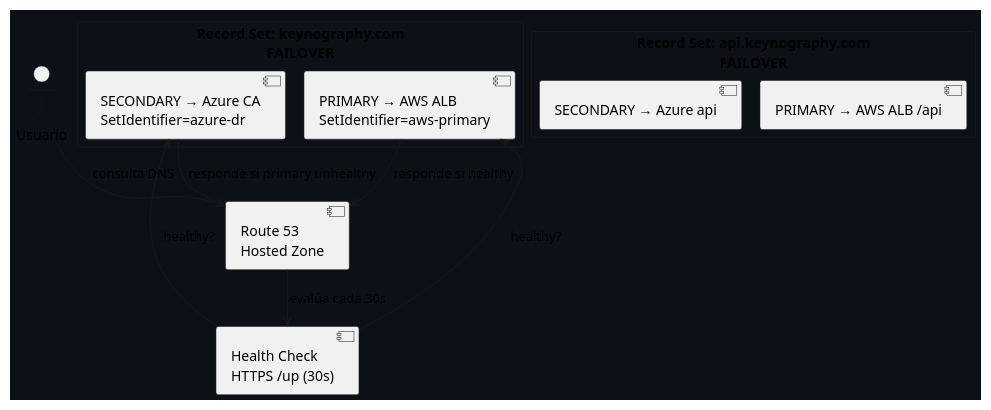
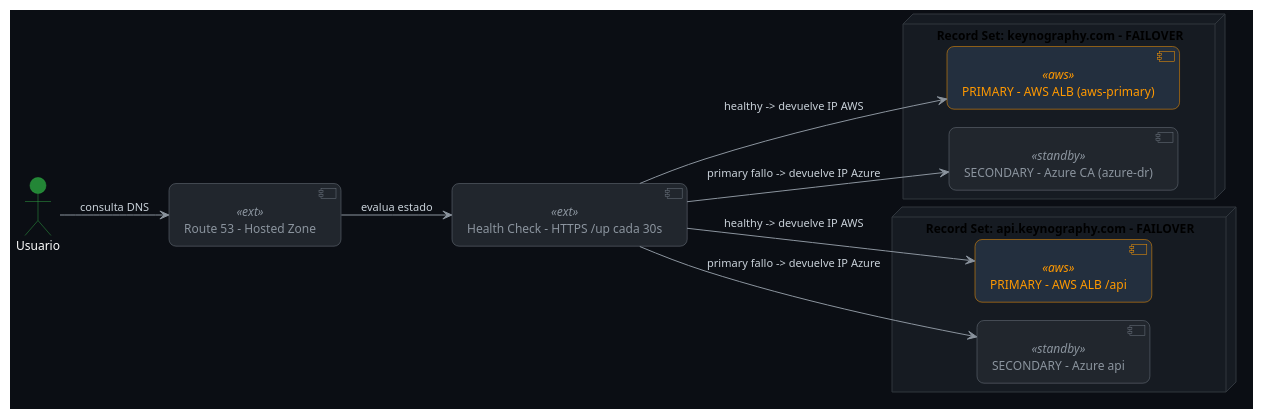
One commit to Aisaac123/KeyNography- changed the sixth of 11 diagrams in docs/despliegue-multicloud.md. Above: the diagram before and after it, drawn with PlantUML. The commit also changed other lines of this file, not shown here.

Commit message:
diagrams docs fix

````diff
--- a/docs/despliegue-multicloud.md
+++ b/docs/despliegue-multicloud.md
@@ -348,26 +596,75 @@
 ```plantuml
 @startuml DNS - Failover Routing Route53
+left to right direction
 !pragma layout smetana
-skinparam backgroundColor #0d1117
+skinparam backgroundColor #0B0E14
 skinparam shadowing false
+skinparam defaultFontName "Segoe UI"
+skinparam defaultFontSize 12
+skinparam roundcorner 14
+skinparam nodesep 40
+skinparam ranksep 50
+skinparam ArrowColor #8B949E
+skinparam ArrowFontColor #C9D1D9
+skinparam ArrowFontSize 11
+skinparam actor {
+  BackgroundColor #238636
+  BorderColor #2EA043
+  FontColor #FFFFFF
+}
+skinparam node {
+  BackgroundColor #161B22
+  BorderColor #30363D
+}
+skinparam component {
+  BackgroundColor #21262D
+  BorderColor #58A6FF
+  FontColor #C9D1D9
+}
+skinparam component<<aws>> {
+  BackgroundColor #232F3E
+  BorderColor #FF9900
+  FontColor #FF9900
+}
+skinparam component<<azure>> {
+  BackgroundColor #0B2540
+  BorderColor #0078D4
+  FontColor #7CC4FF
+}
+skinparam component<<ok>> {
+  BackgroundColor #0F5323
+  BorderColor #238636
+  FontColor #56D364
+}
+skinparam component<<standby>> {
+  BackgroundColor #21262D
+  BorderColor #6E7681
+  FontColor #8B949E
+}
+skinparam component<<ext>> {
+  BackgroundColor #21262D
+  BorderColor #6E7681
+  FontColor #8B949E
+}
 
-actor Usuario as u
-component "Route 53\nHosted Zone" as r53
-component "Health Check\nHTTPS /up (30s)" as hc
-rectangle "Record Set: keynography.com\nFAILOVER" {
-  component "PRIMARY → AWS ALB\nSetIdentifier=aws-primary" as pri
-  component "SECONDARY → Azure CA\nSetIdentifier=azure-dr" as sec
+actor "Usuario" as u
+component "Route 53 - Hosted Zone" as r53 <<ext>>
+component "Health Check - HTTPS /up cada 30s" as hc <<ext>>
+
+node "Record Set: keynography.com - FAILOVER" {
+  component "PRIMARY - AWS ALB (aws-primary)" as pri <<aws>>
+  component "SECONDARY - Azure CA (azure-dr)" as sec <<standby>>
 }
-rectangle "Record Set: api.keynography.com\nFAILOVER" {
-  component "PRIMARY → AWS ALB /api" as apri
-  component "SECONDARY → Azure api" as asec
+node "Record Set: api.keynography.com - FAILOVER" {
+  component "PRIMARY - AWS ALB /api" as apri <<aws>>
+  component "SECONDARY - Azure api" as asec <<standby>>
 }
 
 u --> r53 : consulta DNS
-r53 --> hc : evalúa cada 30s
-hc --> pri : healthy?
-hc --> sec : healthy?
-pri --> r53 : responde si healthy
-sec --> r53 : responde si primary unhealthy
+r53 --> hc : evalua estado
+hc --> pri : healthy -> devuelve IP AWS
+hc --> sec : primary fallo -> devuelve IP Azure
+hc --> apri : healthy -> devuelve IP AWS
+hc --> asec : primary fallo -> devuelve IP Azure
 @enduml
 ```
````
